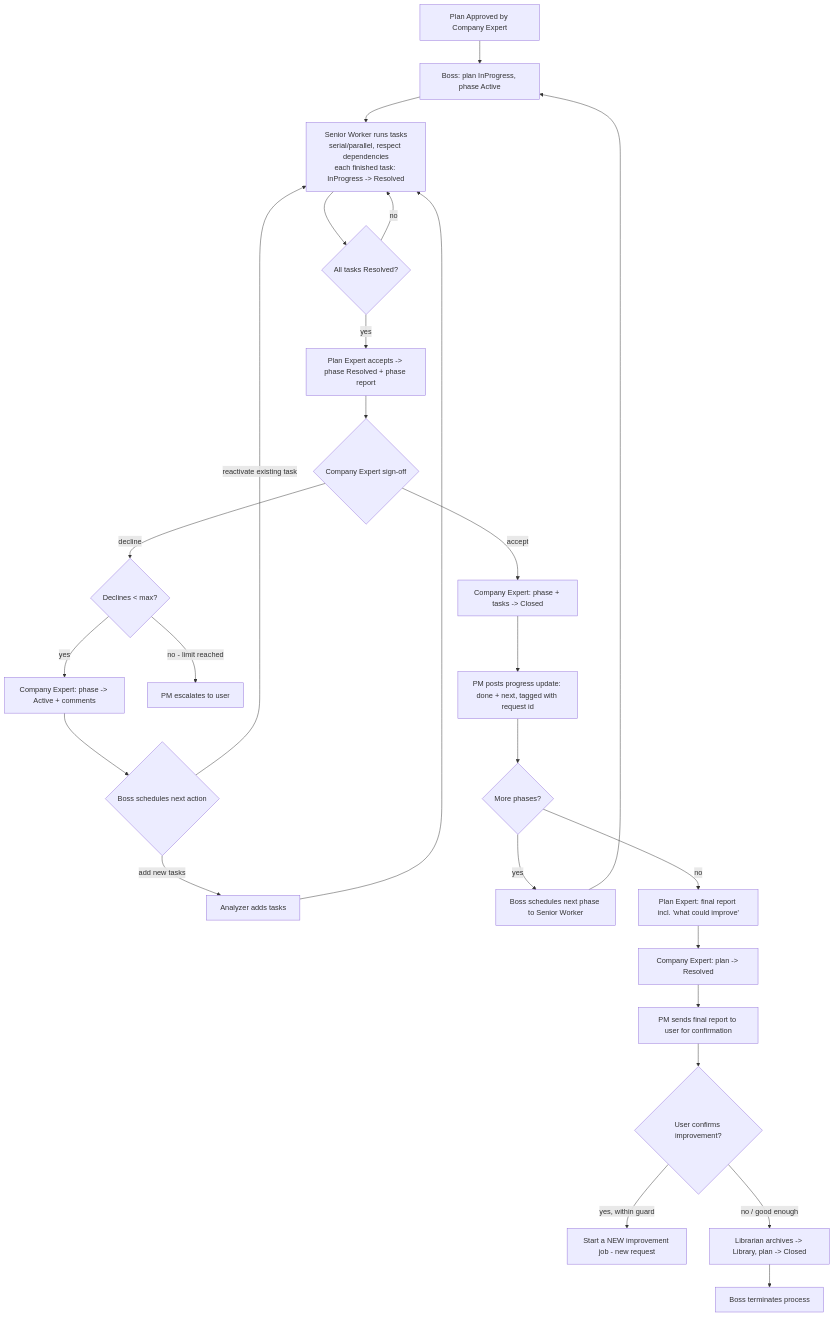
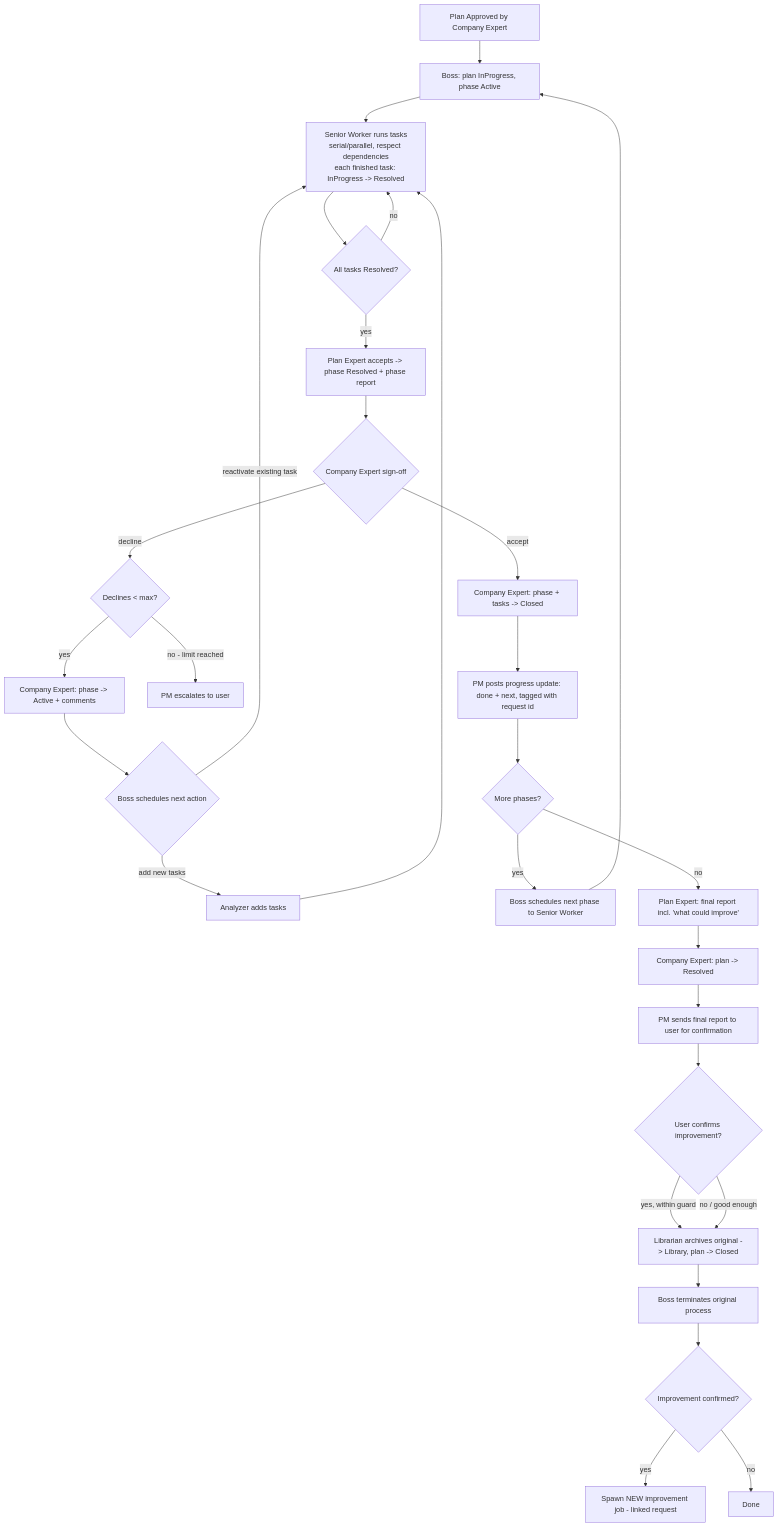
The sixth of 11 diagrams in docs/design-spec.md (AbelHu/ai-research), drawn with Mermaid before and after one commit. The commit also changed other lines of this file, not shown here.

````diff
--- a/docs/design-spec.md
+++ b/docs/design-spec.md
@@ -421,26 +421,29 @@
 ```mermaid
 flowchart TD
   A[Plan Approved by Company Expert] --> B[Boss: plan InProgress, phase Active]
   B --> D["Senior Worker runs tasks<br/>serial/parallel, respect dependencies<br/>each finished task: InProgress -> Resolved"]
   D --> E{All tasks Resolved?}
   E -->|no| D
   E -->|yes| F[Plan Expert accepts -> phase Resolved + phase report]
   F --> G{Company Expert sign-off}
   G -->|decline| DC{Declines < max?}
   DC -->|yes| DA[Company Expert: phase -> Active + comments]
   DC -->|no - limit reached| ESC[PM escalates to user]
   DA --> SCH{Boss schedules next action}
   SCH -->|reactivate existing task| D
   SCH -->|add new tasks| AN[Analyzer adds tasks] --> D
   G -->|accept| H[Company Expert: phase + tasks -> Closed]
   H --> P[PM posts progress update: done + next, tagged with request id]
   P --> I{More phases?}
   I -->|yes| B2[Boss schedules next phase to Senior Worker] --> B
   I -->|no| K[Plan Expert: final report incl. 'what could improve']
   K --> L[Company Expert: plan -> Resolved]
   L --> M[PM sends final report to user for confirmation]
   M --> CF{User confirms improvement?}
-  CF -->|yes, within guard| NJ[Start a NEW improvement job - new request]
-  CF -->|no / good enough| N[Librarian archives -> Library, plan -> Closed]
-  N --> O[Boss terminates process]
+  CF -->|yes, within guard| N
+  CF -->|no / good enough| N[Librarian archives original -> Library, plan -> Closed]
+  N --> O[Boss terminates original process]
+  O --> SP{Improvement confirmed?}
+  SP -->|yes| NJ[Spawn NEW improvement job - linked request]
+  SP -->|no| DONE[Done]
 ```
````
